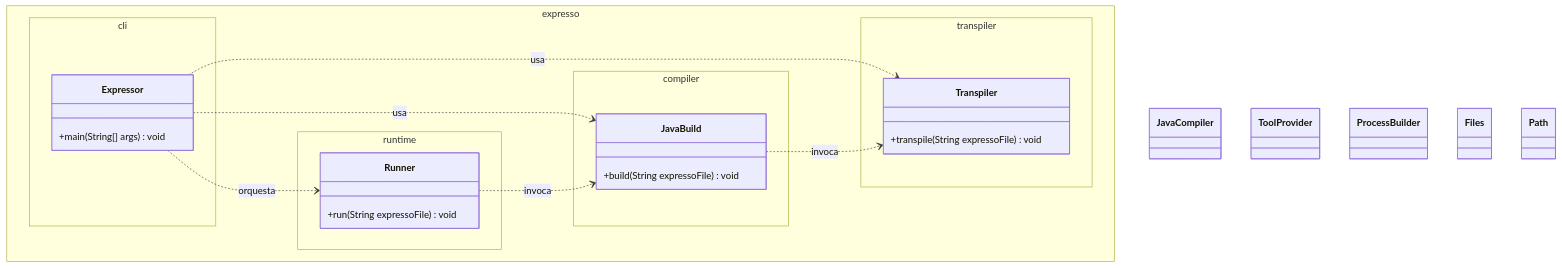
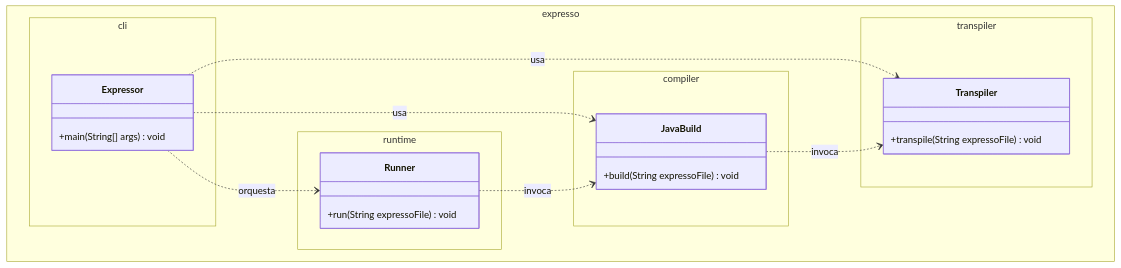
One commit to anthonyOviedo/Expresso changed the diagram in UML.mmd. Above: the diagram before and after it, drawn with Mermaid.

```diff
--- a/UML.mmd
+++ b/UML.mmd
@@ -1,46 +1,37 @@
 classDiagram
 %% =======================
 %% Paquetes / namespaces
 %% =======================
 namespace expresso.cli {
   class Expressor {
     +main(String[] args) void
   }
 }
 
 namespace expresso.transpiler {
   class Transpiler {
     +transpile(String expressoFile) void
   }
 }
 
 namespace expresso.compiler {
   class JavaBuild {
     +build(String expressoFile) void
   }
 }
 
 namespace expresso.runtime {
   class Runner {
     +run(String expressoFile) void
   }
 }
 
 %% =======================
 %% Relaciones internas
 %% =======================
 Expressor ..> Transpiler : usa
 Expressor ..> JavaBuild  : usa
 Expressor ..> Runner     : orquesta
 
 JavaBuild ..> Transpiler : invoca
 Runner    ..> JavaBuild  : invoca
-
-%% =======================
-%% Dependencias externas (JDK)
-%% =======================
-class JavaCompiler
-class ToolProvider
-class ProcessBuilder
-class Files
-class Path
```
